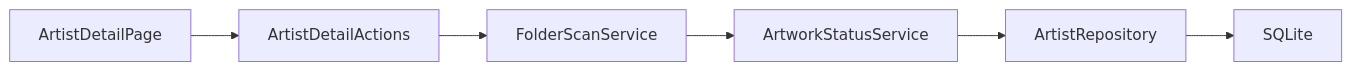
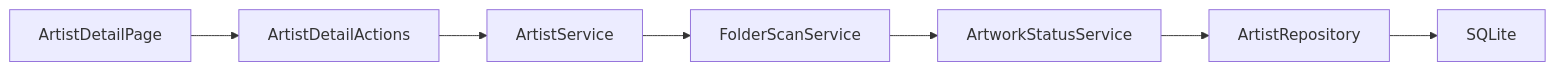
Before and after one commit to PKT0623/PixivLocalManager: the sixth of 20 diagrams in docs/07_ARCHITECTURE.md, drawn with Mermaid. The commit also changed other lines of this file and 9 other files, not shown here.

````diff
--- a/docs/07_ARCHITECTURE.md
+++ b/docs/07_ARCHITECTURE.md
@@ -328,10 +377,11 @@
 ```mermaid
 flowchart LR
 
 ArtistDetailPage
 --> ArtistDetailActions
+--> ArtistService
 --> FolderScanService
 --> ArtworkStatusService
 --> ArtistRepository
 --> SQLite
 ```
````
